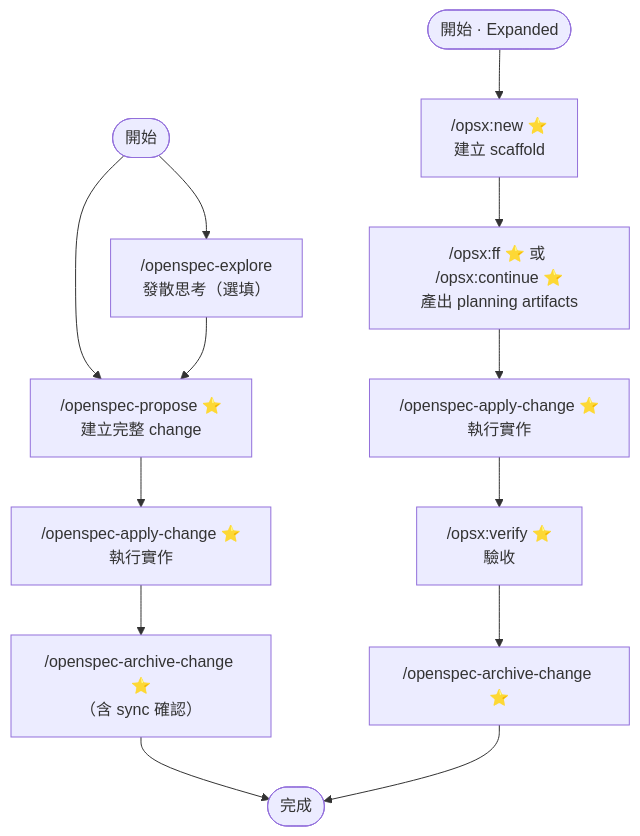
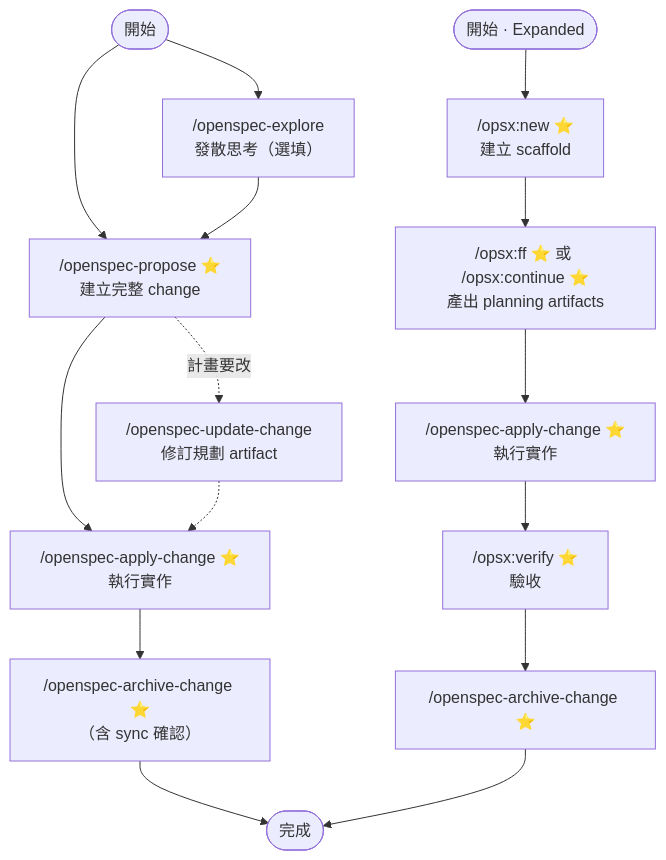
One commit to lllloo/obsidian-memory changed the first of 2 diagrams in topics/AI-Agent-工作流/OpenSpec/OpenSpec-流程.md. Above: the diagram before and after it, drawn with Mermaid. The commit also changed other lines of this file and 1 other file, not shown here.

````diff
--- a/topics/AI-Agent-工作流/OpenSpec/OpenSpec-流程.md
+++ b/topics/AI-Agent-工作流/OpenSpec/OpenSpec-流程.md
@@ -36,16 +37,18 @@
 ```mermaid
 flowchart TD
     Start([開始]) --> EX["/openspec-explore<br/>發散思考（選填）"]
     Start --> PR
     EX --> PR["/openspec-propose ⭐<br/>建立完整 change"]
     PR --> AP1["/openspec-apply-change ⭐<br/>執行實作"]
     AP1 --> AR1["/openspec-archive-change ⭐<br/>（含 sync 確認）"]
     AR1 --> Done([完成])
+    PR -.計畫要改.-> UP["/openspec-update-change<br/>修訂規劃 artifact"]
+    UP -.-> AP1
 
     Start2([開始 · Expanded]) --> NW["/opsx:new ⭐<br/>建立 scaffold"]
     NW --> FFCT["/opsx:ff ⭐ 或 /opsx:continue ⭐<br/>產出 planning artifacts"]
     FFCT --> AP2["/openspec-apply-change ⭐<br/>執行實作"]
     AP2 --> VF["/opsx:verify ⭐<br/>驗收"]
     VF --> AR2["/openspec-archive-change ⭐"]
     AR2 --> Done
 ```
````
